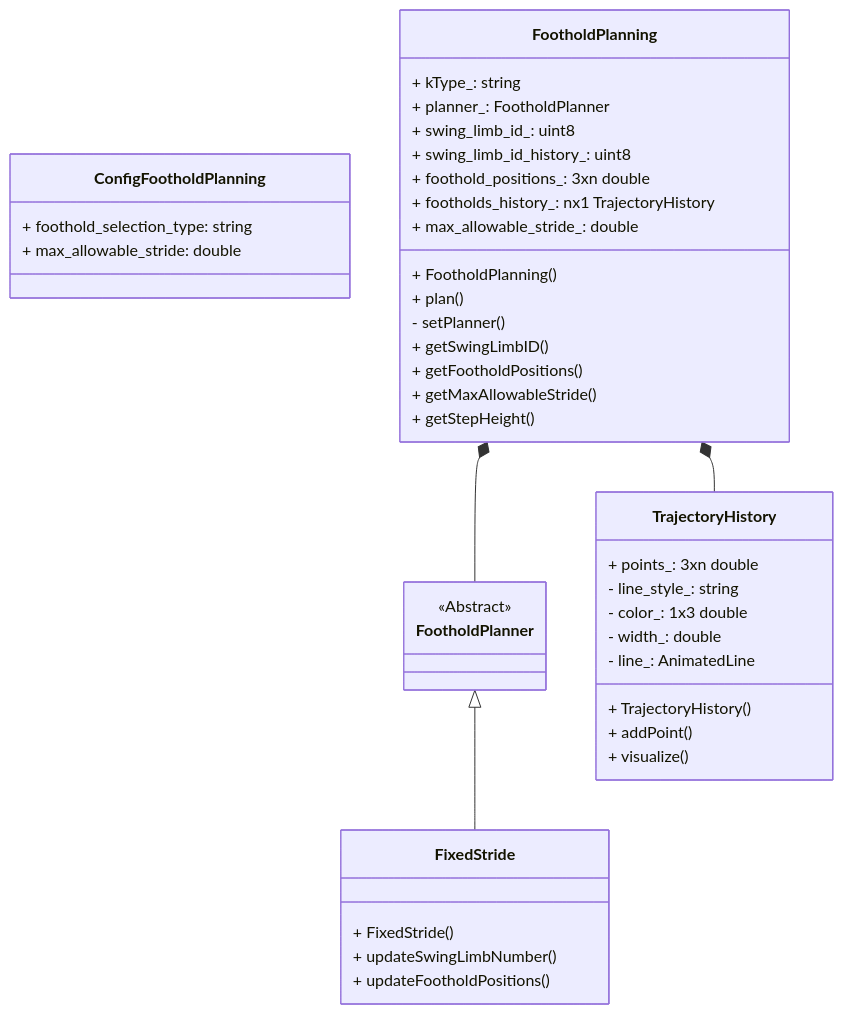
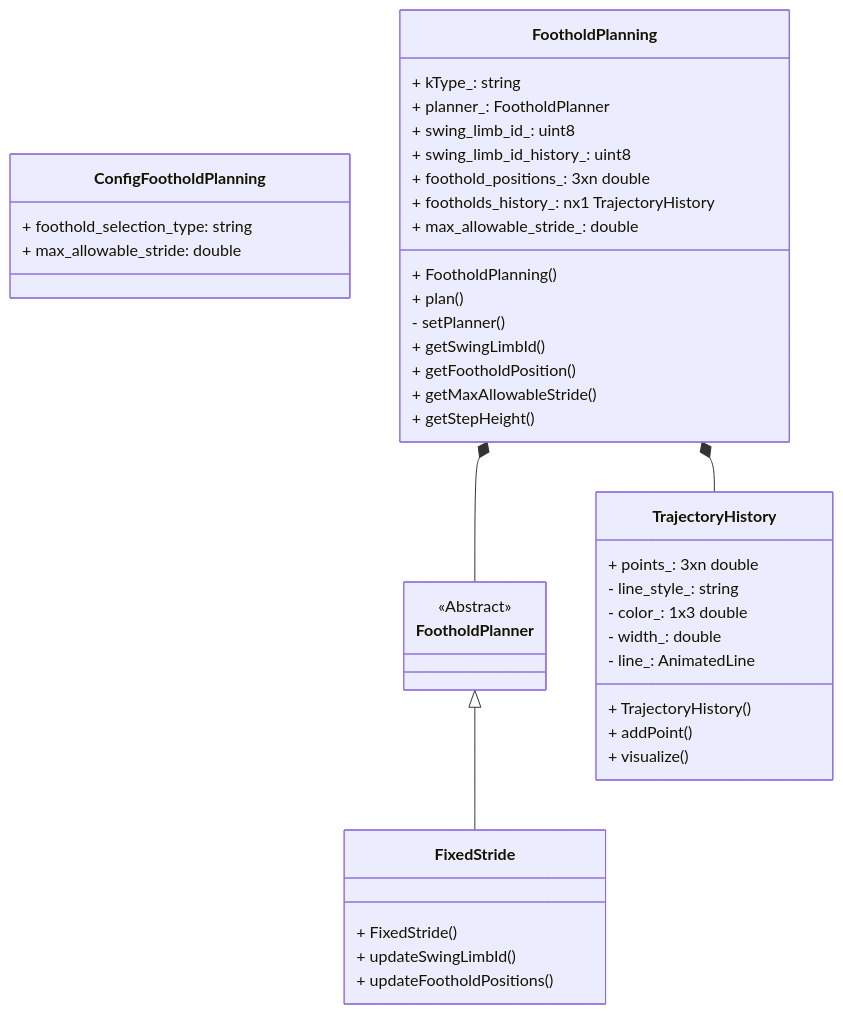
Before and after one commit to Space-Robotics-Laboratory/ClimbLab: the diagram in src/planning_and_control/high_level_controller/foothold_planning/foothold_planning_class_design.md, drawn with Mermaid. The commit also changed 11 other files, not shown here.

````diff
--- a/src/planning_and_control/high_level_controller/foothold_planning/foothold_planning_class_design.md
+++ b/src/planning_and_control/high_level_controller/foothold_planning/foothold_planning_class_design.md
@@ -3,52 +3,52 @@
 ```mermaid
 classDiagram
 
   class ConfigFootholdPlanning {
     + foothold_selection_type: string
     + max_allowable_stride: double
   }
 
   class FootholdPlanning {
     + kType_: string
     + planner_: FootholdPlanner
     + swing_limb_id_: uint8
     + swing_limb_id_history_: uint8
     + foothold_positions_: 3xn double
     + footholds_history_: nx1 TrajectoryHistory
     + max_allowable_stride_: double
 
     + FootholdPlanning()
     + plan()
     - setPlanner()
-    + getSwingLimbID()
-    + getFootholdPositions()
+    + getSwingLimbId()
+    + getFootholdPosition()
     + getMaxAllowableStride()
     + getStepHeight()
   }
   FootholdPlanning *-- FootholdPlanner
   FootholdPlanning *-- TrajectoryHistory
 
   class FootholdPlanner {
     <<Abstract>>
   }
   FootholdPlanner <|-- FixedStride
 
   class FixedStride {
   + FixedStride()
-  + updateSwingLimbNumber()
+  + updateSwingLimbId()
   + updateFootholdPositions()
   }
 
   class TrajectoryHistory {
     + points_: 3xn double
     - line_style_: string
     - color_: 1x3 double
     - width_: double
     - line_: AnimatedLine
 
     + TrajectoryHistory()
     + addPoint()
     + visualize()
   }
 
 ```
````
